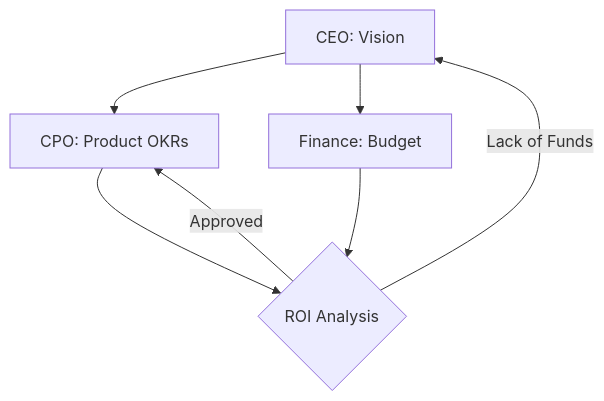
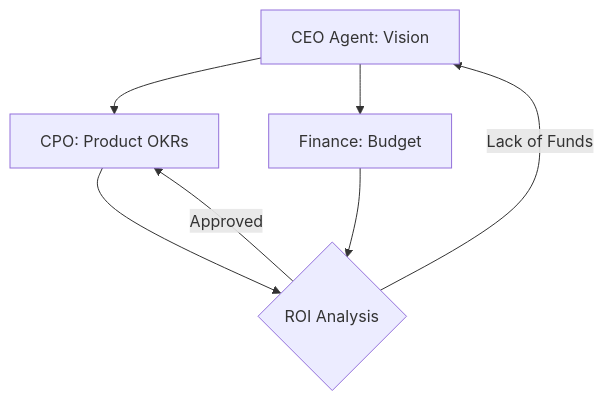
One commit to carluxdevs/AgentOS changed the diagram in workflows/strategic_planning.md. Above: the diagram before and after it, drawn with Mermaid. The commit also changed other lines of this file and 20 other files, not shown here.

````diff
--- a/workflows/strategic_planning.md
+++ b/workflows/strategic_planning.md
@@ -2,9 +5,9 @@
 ```mermaid
 graph TD
-    CEO[CEO: Vision] --> CPO[CPO: Product OKRs]
+    CEO[CEO Agent: Vision] --> CPO[CPO: Product OKRs]
     CEO --> FIN[Finance: Budget]
     CPO --> ROI{ROI Analysis}
     FIN --> ROI
     ROI -- "Approved" --> CPO
     ROI -- "Lack of Funds" --> CEO
 ```
````
